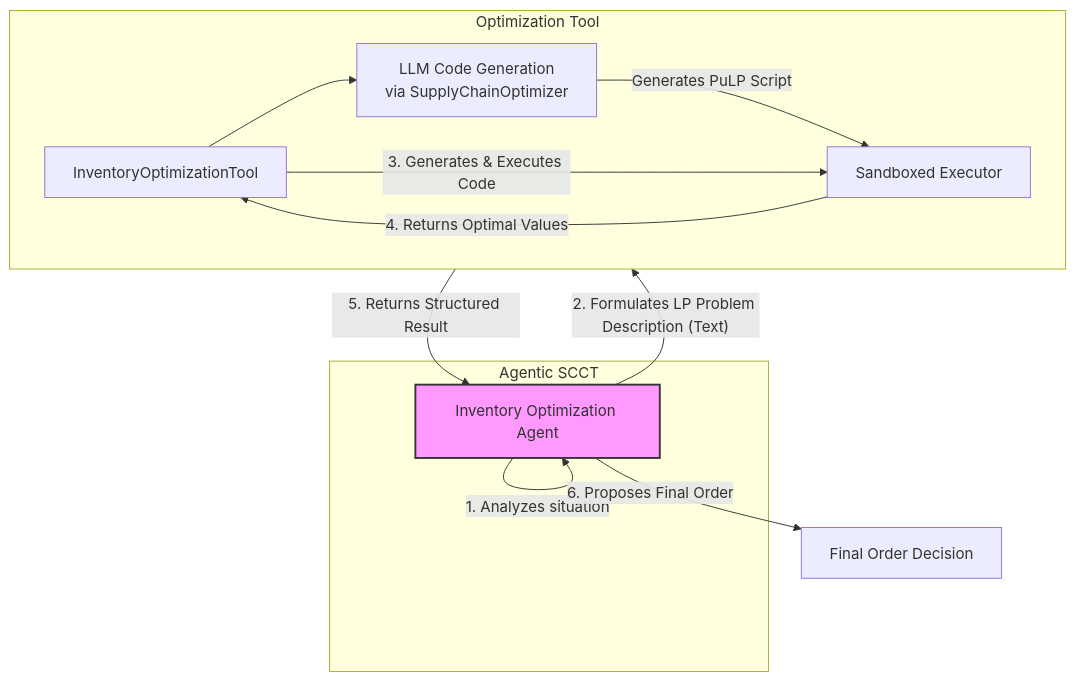
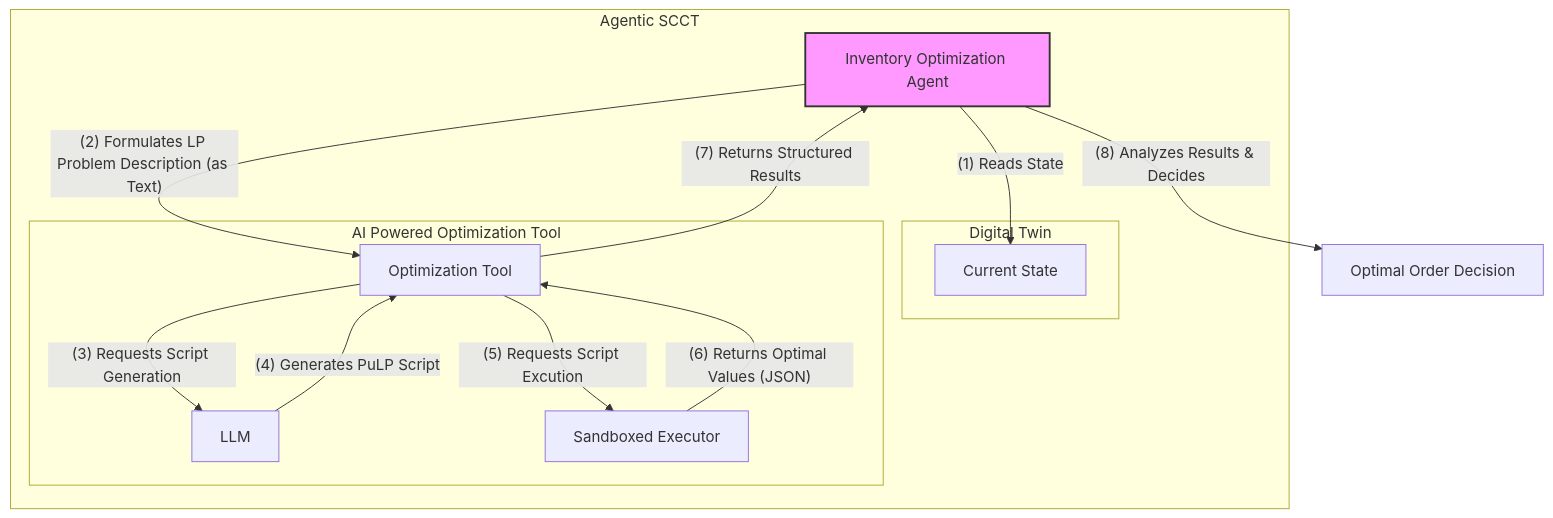
One commit to digital-supplychain/agentic-controltower changed the fifth of 5 diagrams in instructions/project_guide.md. Above: the diagram before and after it, drawn with Mermaid. The commit also changed other lines of this file and 4 other files, not shown here.

Commit message:
Modifying Readme.md to include architecture diagram and logo. Updated project guide and pyproject.toml for new assets.

````diff
--- a/instructions/project_guide.md
+++ b/instructions/project_guide.md
@@ -275,21 +276,29 @@
 ```mermaid
 graph TD
     subgraph Agentic SCCT
         IOA[Inventory Optimization Agent]
+        
+        subgraph Digital Twin
+            DT[Current State]
+        end
+        
+        subgraph AI Powered Optimization Tool
+
+            Tool[Optimization Tool]
+            CodeGen[LLM]
+            Executor[Sandboxed Executor]
+        end
     end
 
-    subgraph Optimization Tool
-        direction LR
-        Tool[InventoryOptimizationTool] --> CodeGen[LLM Code Generation <br/> via SupplyChainOptimizer];
-        CodeGen -- "Generates PuLP Script" --> Executor[Sandboxed Executor];
-    end
 
-    IOA -- "1. Analyzes situation" --> IOA;
-    IOA -- "2. Formulates LP Problem Description (Text)" --> Tool;
-    Tool -- "3. Generates & Executes Code" --> Executor;
-    Executor -- "4. Returns Optimal Values" --> Tool;
-    Tool -- "5. Returns Structured Result" --> IOA;
-    IOA -- "6. Proposes Final Order" --> Output[Final Order Decision];
+    IOA -- "(1) Reads State" --> DT;
+    IOA -- "(2) Formulates LP Problem Description (as Text)" --> Tool;
+    Tool -- "(3) Requests Script Generation" --> CodeGen;
+    CodeGen -- "(4) Generates PuLP Script" --> Tool;
+    Tool -- "(5) Requests Script Excution" --> Executor;
+    Executor -- "(6) Returns Optimal Values (JSON)" --> Tool;
+    Tool -- "(7) Returns Structured Results" --> IOA;
+    IOA -- "(8) Analyzes Results & Decides" --> Output[Optimal Order Decision];
 
     style IOA fill:#f9f,stroke:#333,stroke-width:2px
 ```
````
